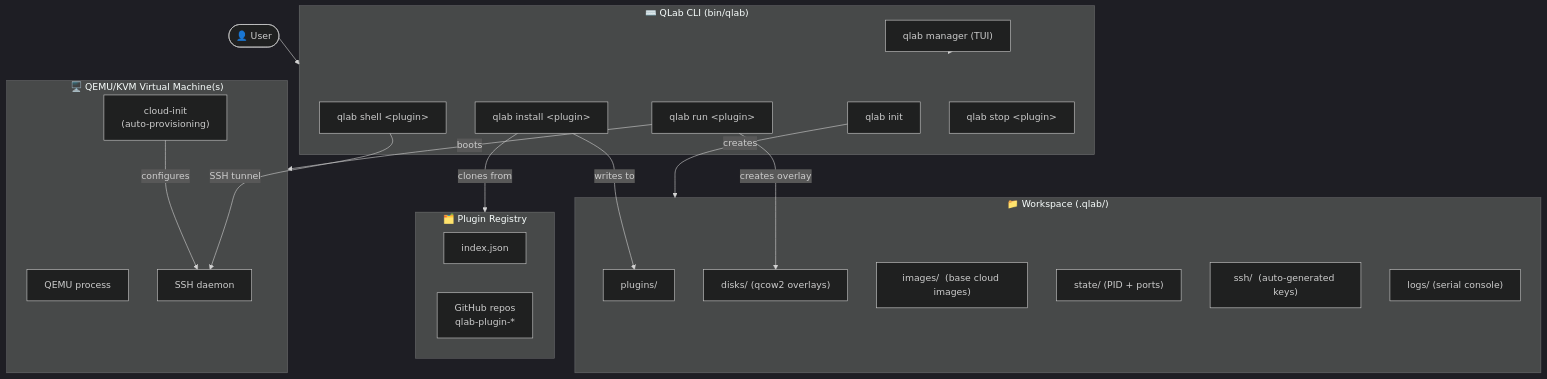
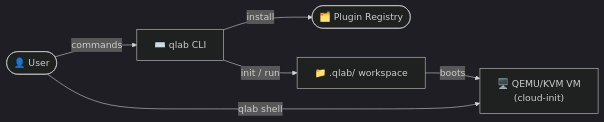
One commit to manzolo/qlab changed the diagram in README.md. Above: the diagram before and after it, drawn with Mermaid (dark theme). The commit also changed other lines of this file, not shown here.

Commit message:
docs: simplify README architecture diagram
Replace verbose flowchart + sequence diagram with a single compact
5-node flowchart.

````diff
--- a/README.md
+++ b/README.md
@@ -16,43 +16,14 @@
 ```mermaid
-flowchart TD
+flowchart LR
     User(["👤 User"])
+    CLI["⌨️ qlab CLI"]
+    Registry(["🗂️ Plugin Registry"])
+    WS["📁 .qlab/ workspace"]
+    VM["🖥️ QEMU/KVM VM\n(cloud-init)"]
 
-    subgraph CLI ["⌨️  QLab CLI  (bin/qlab)"]
-        init["qlab init"]
-        install["qlab install &lt;plugin&gt;"]
-        run["qlab run &lt;plugin&gt;"]
-        shell["qlab shell &lt;plugin&gt;"]
-        stop["qlab stop &lt;plugin&gt;"]
-        manager["qlab manager (TUI)"]
-    end
-
-    subgraph WS ["📁 Workspace  (.qlab/)"]
-        plugins["plugins/"]
-        disks["disks/  (qcow2 overlays)"]
-        images["images/  (base cloud images)"]
-        state["state/  (PID + ports)"]
-        ssh["ssh/  (auto-generated keys)"]
-        logs["logs/  (serial console)"]
-    end
-
-    subgraph Registry ["🗂️  Plugin Registry"]
-        index["index.json"]
-        repos["GitHub repos\nqlab-plugin-*"]
-    end
-
-    subgraph VM ["🖥️  QEMU/KVM Virtual Machine(s)"]
-        qemu["QEMU process"]
-        cloudinit["cloud-init\n(auto-provisioning)"]
-        sshd["SSH daemon"]
-    end
-
-    User --> CLI
-    init -->|"creates"| WS
-    install -->|"clones from"| Registry
-    install -->|"writes to"| plugins
-    run -->|"creates overlay"| disks
-    run -->|"boots"| VM
-    cloudinit -->|"configures"| sshd
-    shell -->|"SSH tunnel"| sshd
-    manager --> CLI
+    User -->|"commands"| CLI
+    CLI -->|"install"| Registry
+    CLI -->|"init / run"| WS
+    WS -->|"boots"| VM
+    User -->|"qlab shell"| VM
 ```
````
